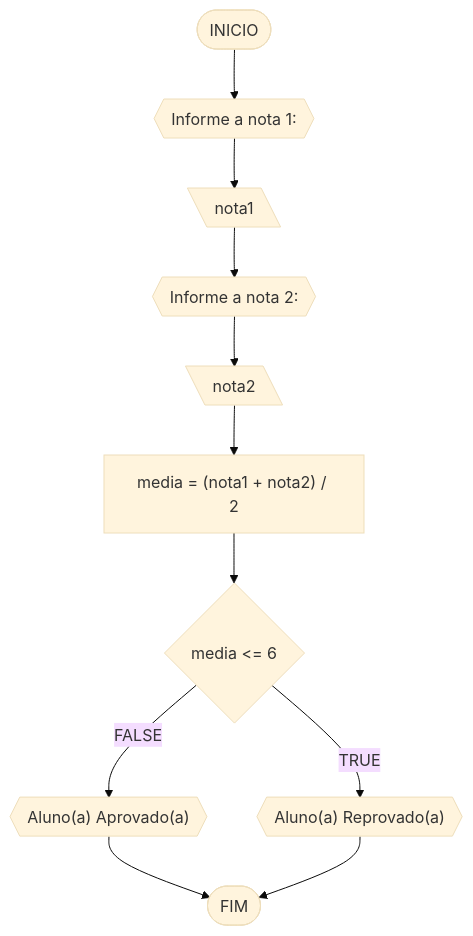
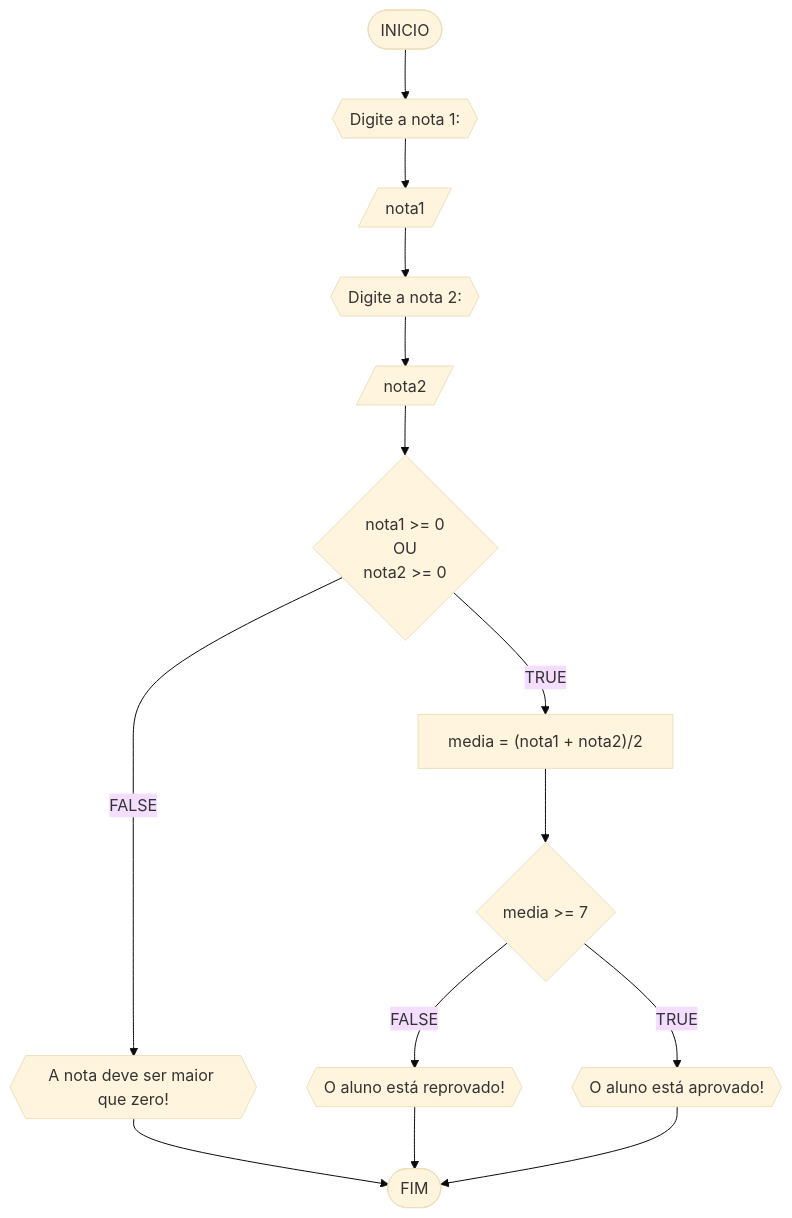
The third of 4 diagrams in RLA/lista1_exercicios.md (carollyra/UNIFOR), drawn with Mermaid (base theme) before and after one commit. The commit also changed other lines of this file, not shown here.

````diff
--- a/RLA/lista1_exercicios.md
+++ b/RLA/lista1_exercicios.md
@@ -123,13 +133,16 @@
 ```mermaid
 flowchart TD
-A([INICIO]) --> B{{Informe a nota 1:}}
-B --> C[\nota1\]
-C --> D{{Informe a nota 2:}}
-D --> E[\nota2\]
-E --> F["media = (nota1 + nota2) / 2"]
-F --> G{media <= 6}
-G --FALSE--> H{{"Aluno(a) Aprovado(a)"}}
-G --TRUE--> I{{"Aluno(a) Reprovado(a)"}}
-H --> J([FIM])
-I --> J([FIM])
+A([INICIO]) --> B{{"Digite a nota 1:"}}
+B --> C[/nota1/]
+C --> D{{"Digite a nota 2:"}}
+D --> E[/nota2/]
+E --> F{nota1 >= 0<br> OU <br>nota2 >= 0}  
+F --FALSE--> K{{"A nota deve ser maior que zero!"}}
+K --> L([FIM])
+F --TRUE--> G["media = (nota1 + nota2)/2"]
+G --> H{media >= 7}
+H --FALSE--> I{{"O aluno está reprovado!"}}
+H --TRUE--> J{{"O aluno está aprovado!"}}
+I --> L
+J --> L
 ```
````
